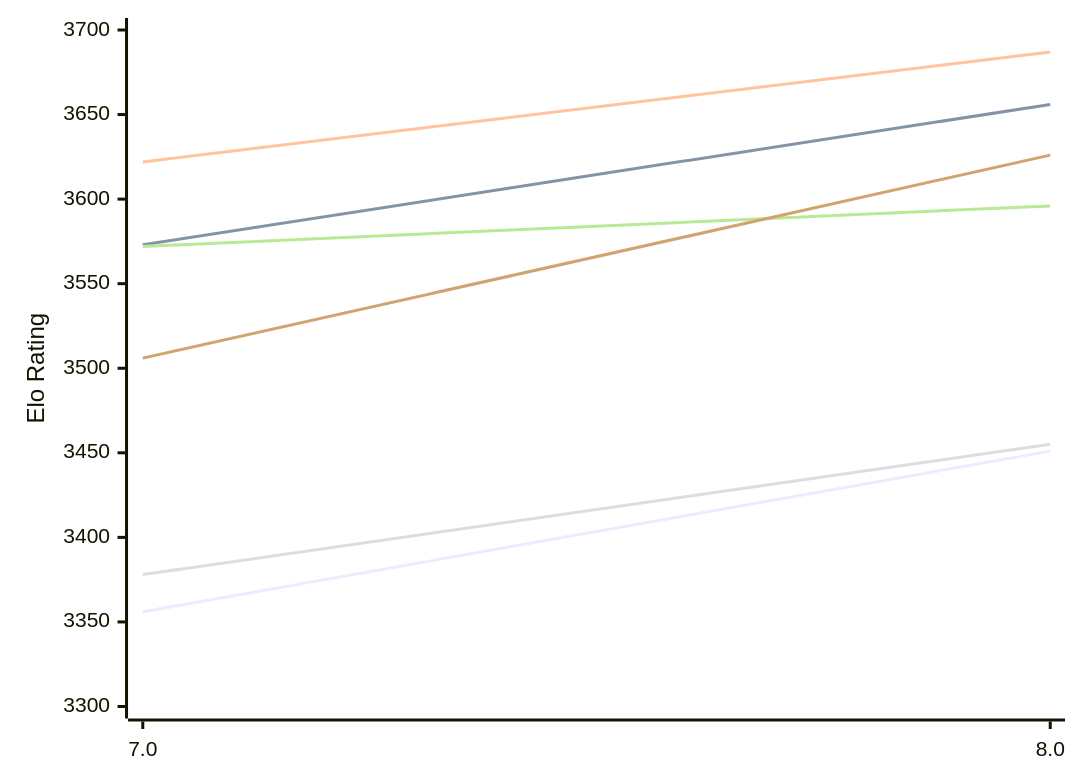
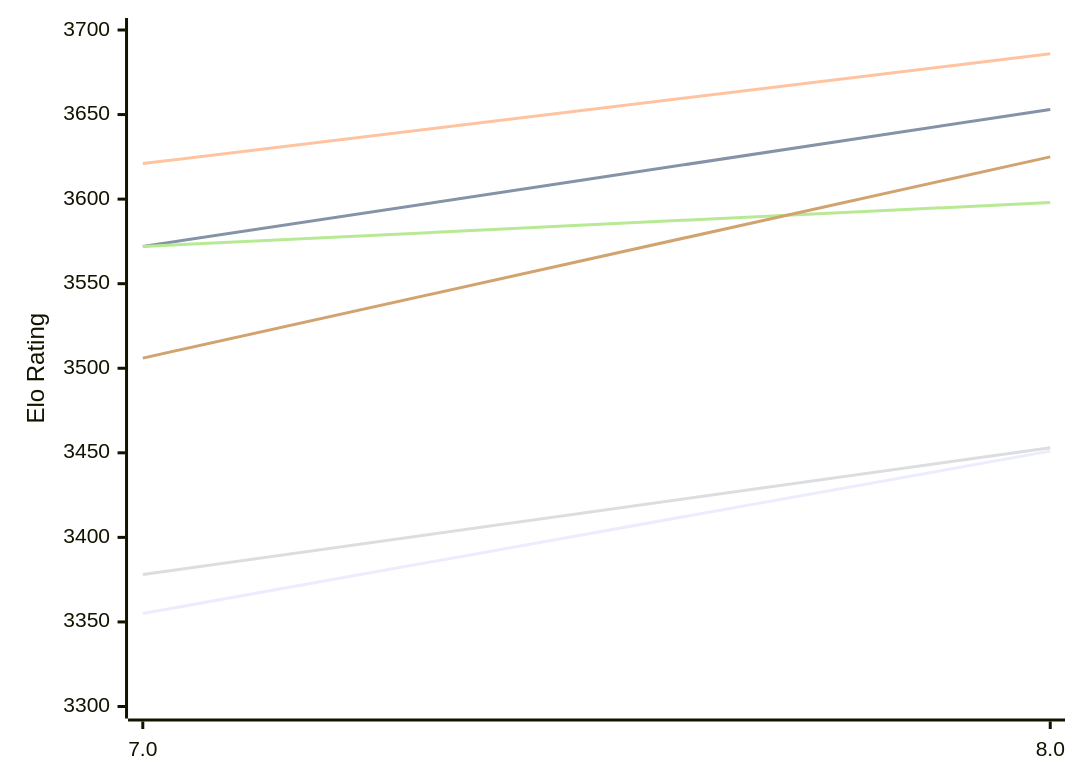
One commit to computer-chess-index/cci changed the first of 2 diagrams in engines/Integral.md. Above: the diagram before and after it, drawn with Mermaid. The commit also changed other lines of this file, not shown here.

Commit message:
Update CCI Ratings (ELO VLTC) - 2026-11-27

````diff
--- a/engines/Integral.md
+++ b/engines/Integral.md
@@ -50,12 +50,12 @@
 ```mermaid
 %%{init: {"theme":"base","themeVariables":{"seriesColors:['#a3a3a3','#222221','#faa371']}}}%%
 xychart-beta
   x-axis ["7.0", "8.0"]
   y-axis "Elo Rating" 3300 --> 3700
-  line "E1: STC (8.0+0.08s)" [3356, 3451]
-  line "E1: LTC (60.0+0.60s)" [3573, 3656]
-  line "E1: VLTC (2m24s+1.12s)" [3622, 3687]
-  line "P1: STC (8.0+0.08s)" [3378, 3455]
-  line "P1: LTC (60.0+0.60s)" [3572, 3596]
-  line "P1: VLTC (2m24s+1.12s)" [3506, 3626]
+  line "E1: STC (8.0+0.08s)" [3355, 3451]
+  line "E1: LTC (60.0+0.60s)" [3572, 3653]
+  line "E1: VLTC (2m24s+1.12s)" [3621, 3686]
+  line "P1: STC (8.0+0.08s)" [3378, 3453]
+  line "P1: LTC (60.0+0.60s)" [3572, 3598]
+  line "P1: VLTC (2m24s+1.12s)" [3506, 3625]
 ```
````
